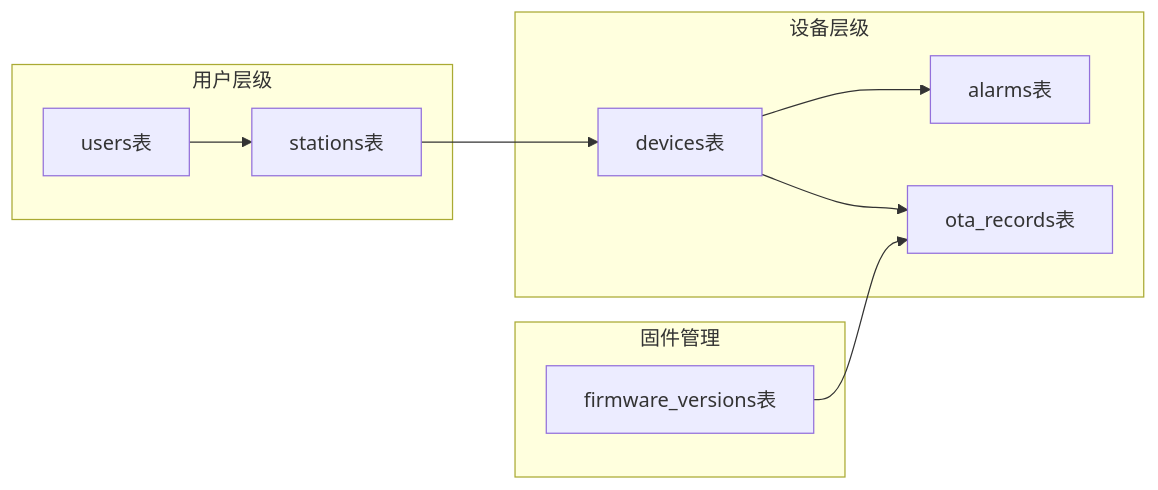
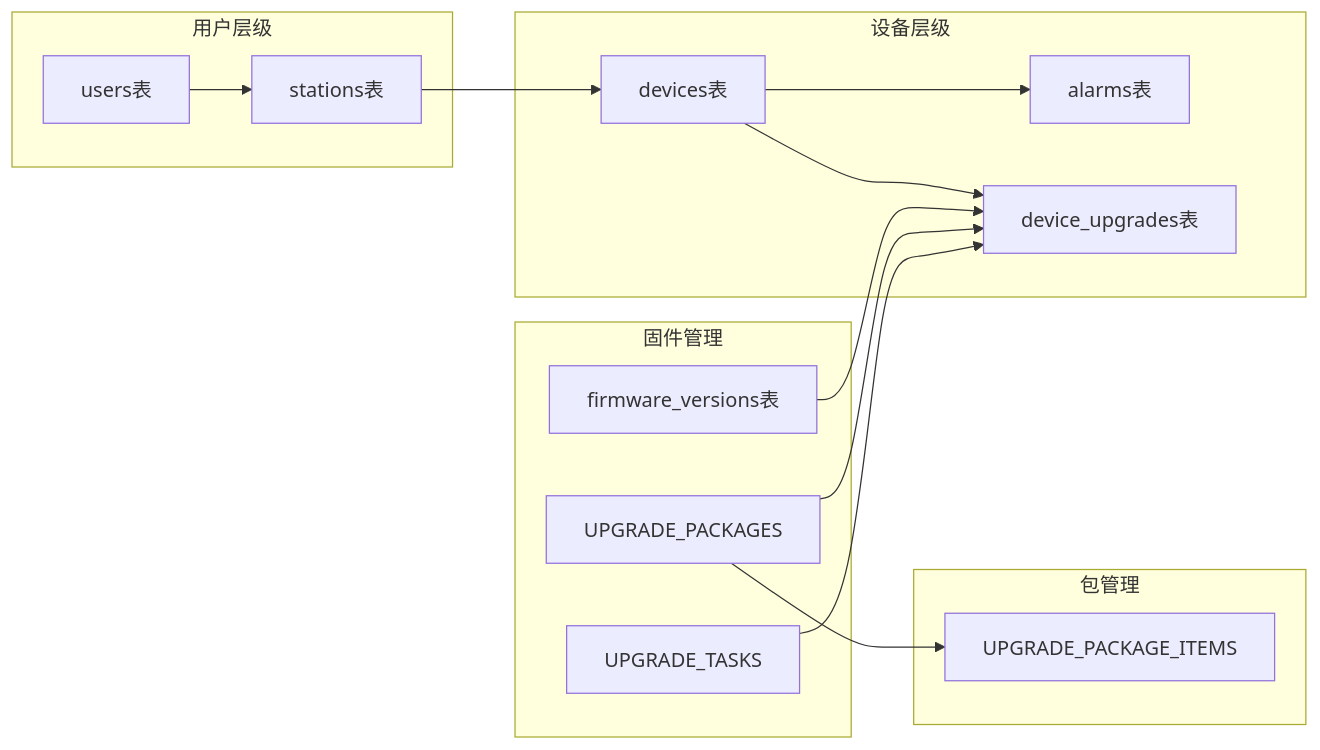
Before and after one commit to mcmrzy/cs_inv_monitor-develop: the third of 5 diagrams in .qoder/repowiki/zh/content/数据库设计/核心表结构设计.md, drawn with Mermaid. The commit also changed other lines of this file and 128 other files, not shown here.

````diff
--- a/.qoder/repowiki/zh/content/数据库设计/核心表结构设计.md
+++ b/.qoder/repowiki/zh/content/数据库设计/核心表结构设计.md
@@ -278,14 +415,19 @@
 ```mermaid
 graph LR
 subgraph "用户层级"
 USERS[users表] --> STATIONS[stations表]
 end
 subgraph "设备层级"
 STATIONS --> DEVICES[devices表]
 DEVICES --> ALARMS[alarms表]
-DEVICES --> OTA_RECORDS[ota_records表]
+DEVICES --> DEVICE_UPGRADES[device_upgrades表]
 end
 subgraph "固件管理"
-FIRMWARE[firmware_versions表] --> OTA_RECORDS
+FIRMWARE[firmware_versions表] --> DEVICE_UPGRADES
+UPGRADE_PACKAGES --> DEVICE_UPGRADES
+UPGRADE_TASKS --> DEVICE_UPGRADES
+end
+subgraph "包管理"
+UPGRADE_PACKAGES --> UPGRADE_PACKAGE_ITEMS
 end
 ```
````
